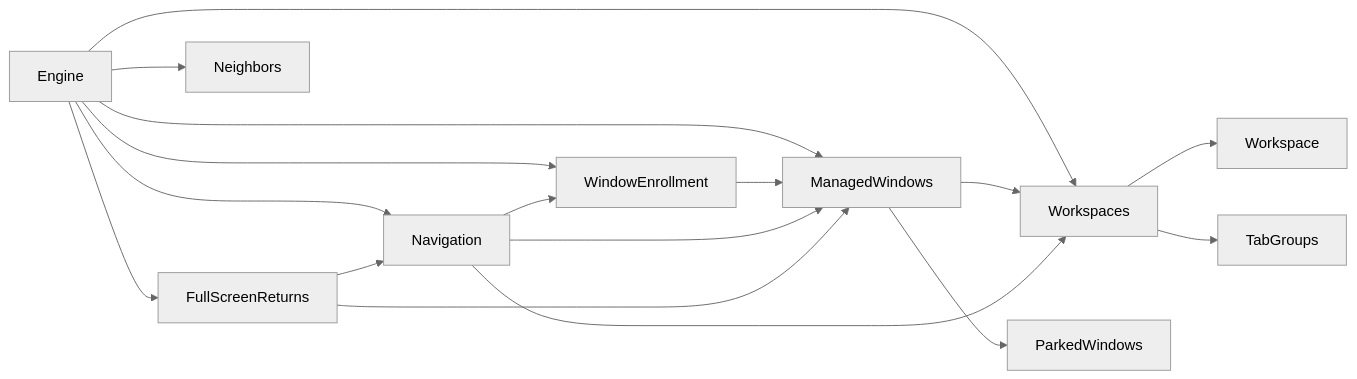
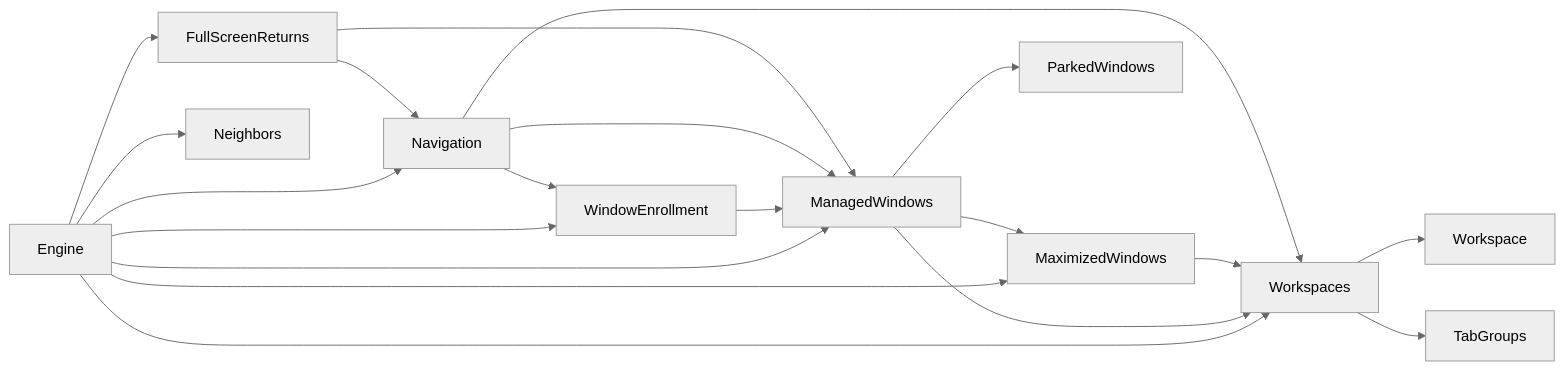
Before and after one commit to brennovich/ottowm: the fourth of 19 diagrams in ARCHITECTURE.md, drawn with Mermaid (neutral theme). The commit also changed other lines of this file and 3 other files, not shown here.

````diff
--- a/ARCHITECTURE.md
+++ b/ARCHITECTURE.md
@@ -122,19 +124,22 @@
 ```mermaid
 flowchart LR
     Engine --> ManagedWindows
     Engine --> WindowEnrollment
     Engine --> Navigation
     Engine --> FullScreenReturns
     Engine --> Workspaces
     Engine --> Neighbors
+    Engine --> MaximizedWindows
     WindowEnrollment --> ManagedWindows
     Navigation --> WindowEnrollment
     Navigation --> ManagedWindows
     FullScreenReturns --> Navigation
     FullScreenReturns --> ManagedWindows
     ManagedWindows --> Workspaces
     ManagedWindows --> ParkedWindows
+    ManagedWindows --> MaximizedWindows
+    MaximizedWindows --> Workspaces
     Navigation --> Workspaces
     Workspaces --> Workspace
     Workspaces --> TabGroups
 ```
````
